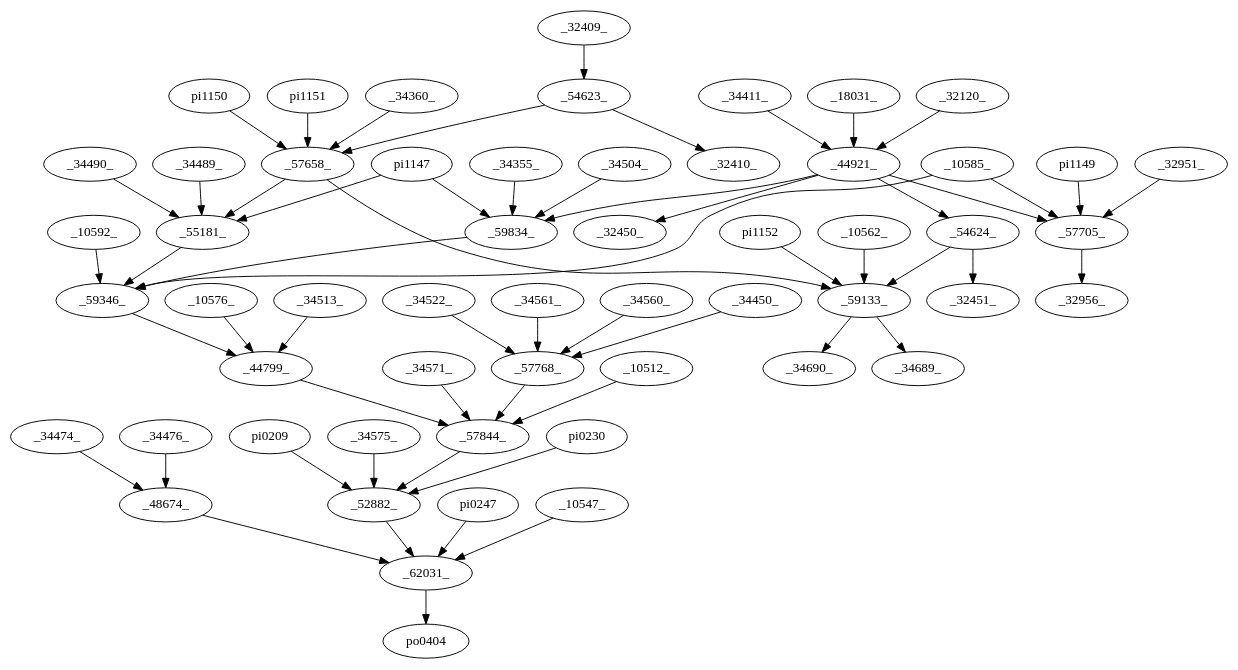
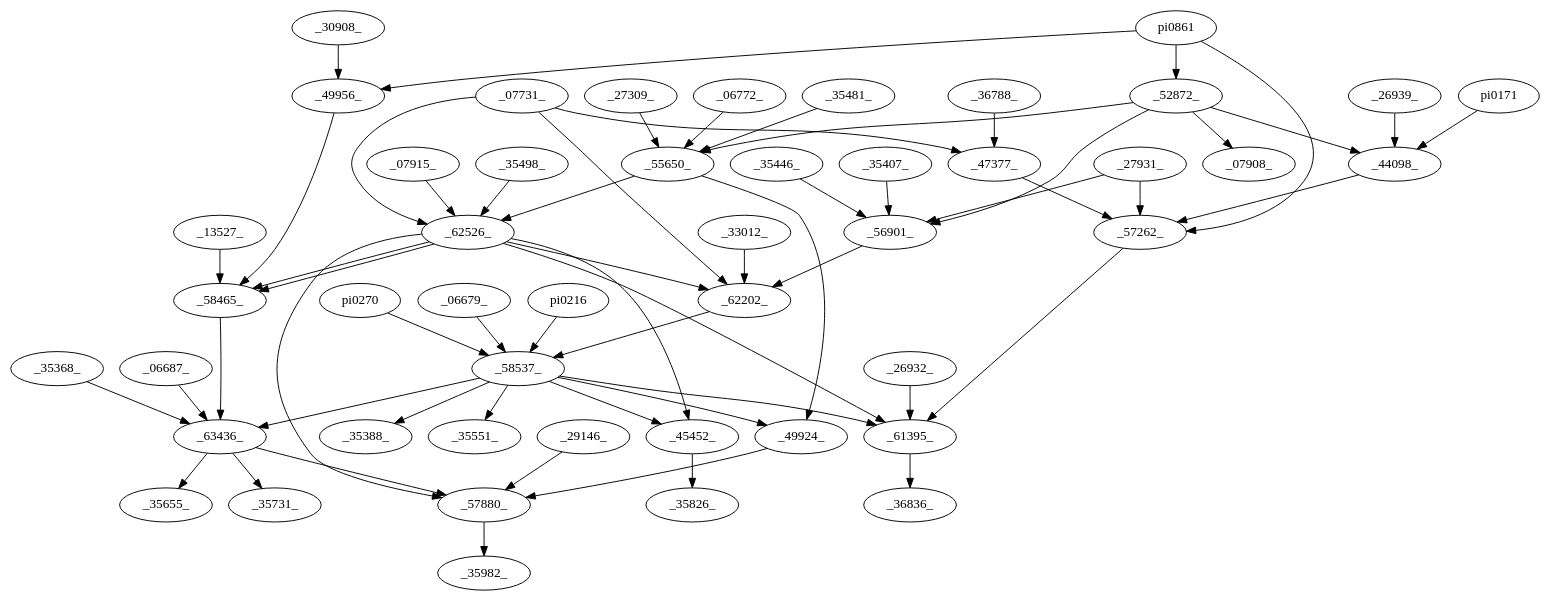
One commit to kt301/sotukenn changed the diagram in heart2025_wirestats/sample.dot. Above: the diagram before and after it, drawn with Graphviz. The commit also changed 6 other files, not shown here.

```diff
--- a/heart2025_wirestats/sample.dot
+++ b/heart2025_wirestats/sample.dot
@@ -1,59 +1,62 @@
 digraph netlist {
-	_34513_->_44799_
-	_59346_->_44799_
-	_10576_->_44799_
-	_10592_->_59346_
-	_59834_->_59346_
-	_10585_->_59346_
-	_55181_->_59346_
-	_18031_->_44921_
-	_32120_->_44921_
-	_34411_->_44921_
-	_34474_->_48674_
-	_34476_->_48674_
-	pi0209->_52882_
-	_34575_->_52882_
-	_57844_->_52882_
-	pi0230->_52882_
-	_34571_->_57844_
-	_57768_->_57844_
-	_44799_->_57844_
-	_10512_->_57844_
-	_32409_->_54623_
-	_44921_->_54624_
-	pi1147->_55181_
-	_34490_->_55181_
-	_34489_->_55181_
-	_57658_->_55181_
-	pi1151->_57658_
-	_54623_->_57658_
-	_34360_->_57658_
-	pi1150->_57658_
-	_10562_->_59133_
-	_54624_->_59133_
-	pi1152->_59133_
-	_57658_->_59133_
-	pi1149->_57705_
-	_44921_->_57705_
-	_32951_->_57705_
-	_10585_->_57705_
-	_34450_->_57768_
-	_34522_->_57768_
-	_34561_->_57768_
-	_34560_->_57768_
-	pi1147->_59834_
-	_34355_->_59834_
-	_34504_->_59834_
-	_44921_->_59834_
-	_52882_->_62031_
-	_48674_->_62031_
-	pi0247->_62031_
-	_10547_->_62031_
-	_62031_->po0404
-	_59133_->_34690_
-	_57705_->_32956_
-	_59133_->_34689_
-	_54624_->_32451_
-	_54623_->_32410_
-	_44921_->_32450_
+	_58537_->_63436_
+	_58465_->_63436_
+	_06687_->_63436_
+	_35368_->_63436_
+	pi0216->_58537_
+	pi0270->_58537_
+	_06679_->_58537_
+	_62202_->_58537_
+	_29146_->_57880_
+	_62526_->_57880_
+	_49924_->_57880_
+	_63436_->_57880_
+	pi0861->_52872_
+	_52872_->_44098_
+	_26939_->_44098_
+	pi0171->_44098_
+	_58537_->_45452_
+	_62526_->_45452_
+	_55650_->_62526_
+	_35498_->_62526_
+	_07731_->_62526_
+	_07915_->_62526_
+	_07731_->_47377_
+	_36788_->_47377_
+	_58537_->_49924_
+	_55650_->_49924_
+	_06772_->_55650_
+	_35481_->_55650_
+	_52872_->_55650_
+	_27309_->_55650_
+	pi0861->_49956_
+	_30908_->_49956_
+	_52872_->_56901_
+	_27931_->_56901_
+	_35407_->_56901_
+	_35446_->_56901_
+	_26932_->_61395_
+	_62526_->_61395_
+	_57262_->_61395_
+	_58537_->_61395_
+	pi0861->_57262_
+	_27931_->_57262_
+	_44098_->_57262_
+	_47377_->_57262_
+	_13527_->_58465_
+	_62526_->_58465_
+	_62526_->_58465_
+	_49956_->_58465_
+	_33012_->_62202_
+	_62526_->_62202_
+	_07731_->_62202_
+	_56901_->_62202_
+	_58537_->_35551_
+	_63436_->_35731_
+	_57880_->_35982_
+	_45452_->_35826_
+	_61395_->_36836_
+	_63436_->_35655_
+	_58537_->_35388_
+	_52872_->_07908_
 }
```
